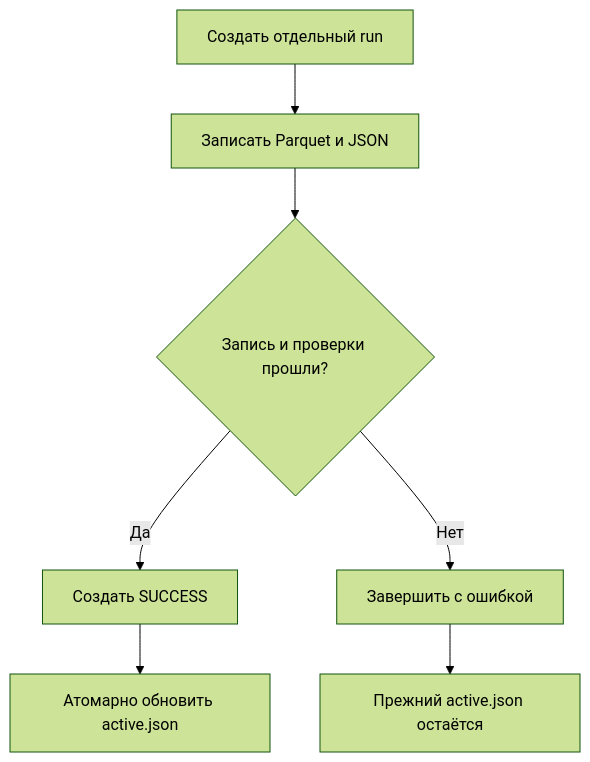
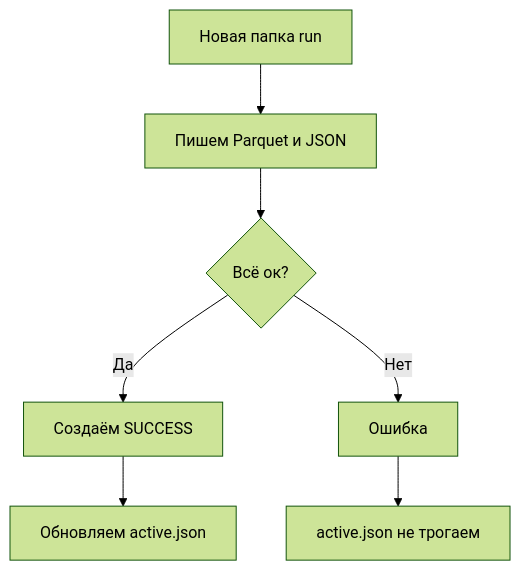
One commit to WSL-AI/AML changed the second of 2 diagrams in docs/ETL.md. Above: the diagram before and after it, drawn with Mermaid (forest theme). The commit also changed other lines of this file and 3 other files, not shown here.

````diff
--- a/docs/ETL.md
+++ b/docs/ETL.md
@@ -207,9 +141,9 @@
 ```mermaid
 flowchart TD
-    A["Создать отдельный run"] --> B["Записать Parquet и JSON"]
-    B --> C{"Запись и проверки прошли?"}
-    C -->|Да| D["Создать SUCCESS"]
-    D --> E["Атомарно обновить active.json"]
-    C -->|Нет| F["Завершить с ошибкой"]
-    F --> G["Прежний active.json остаётся"]
+    A["Новая папка run"] --> B["Пишем Parquet и JSON"]
+    B --> C{"Всё ок?"}
+    C -->|Да| D["Создаём SUCCESS"]
+    D --> E["Обновляем active.json"]
+    C -->|Нет| F["Ошибка"]
+    F --> G["active.json не трогаем"]
 ```
````
